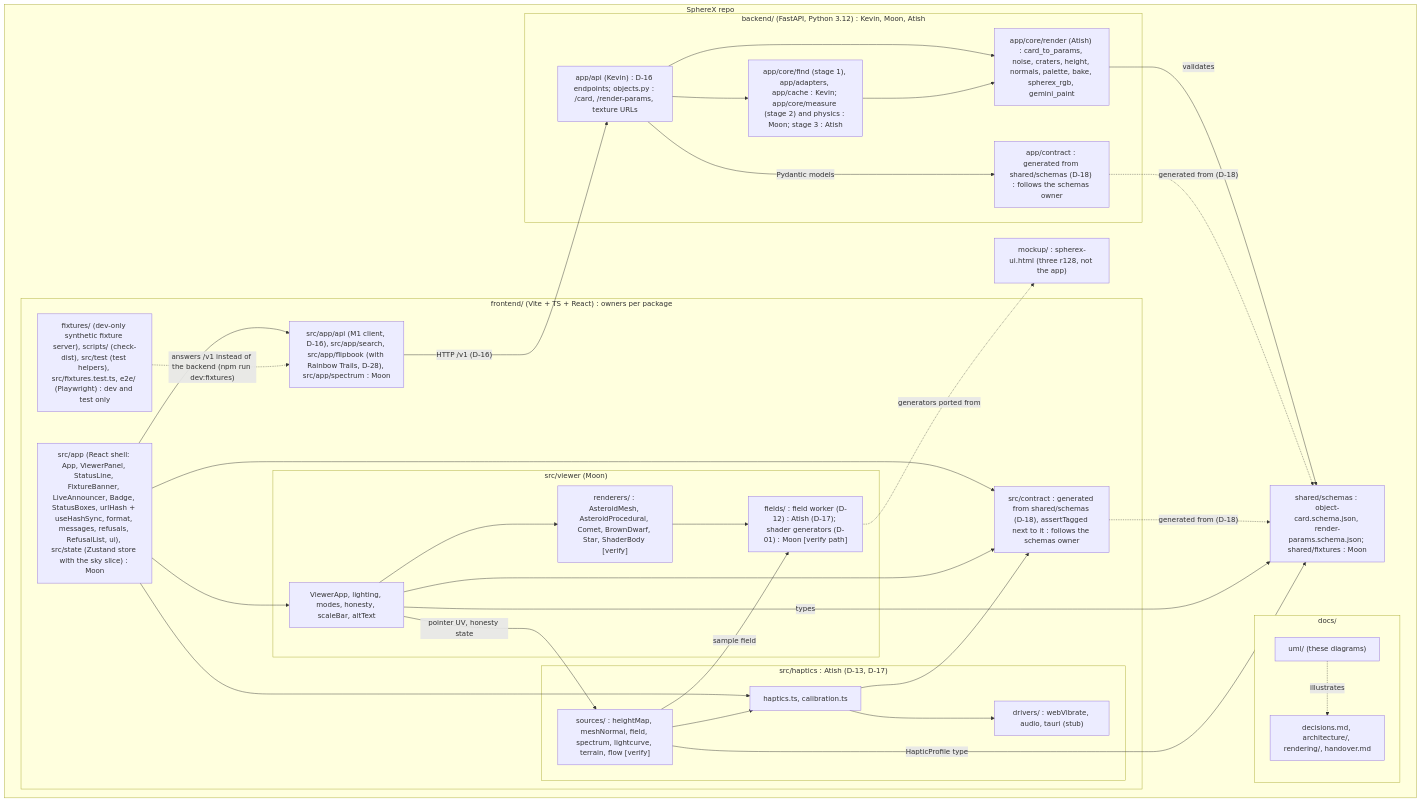
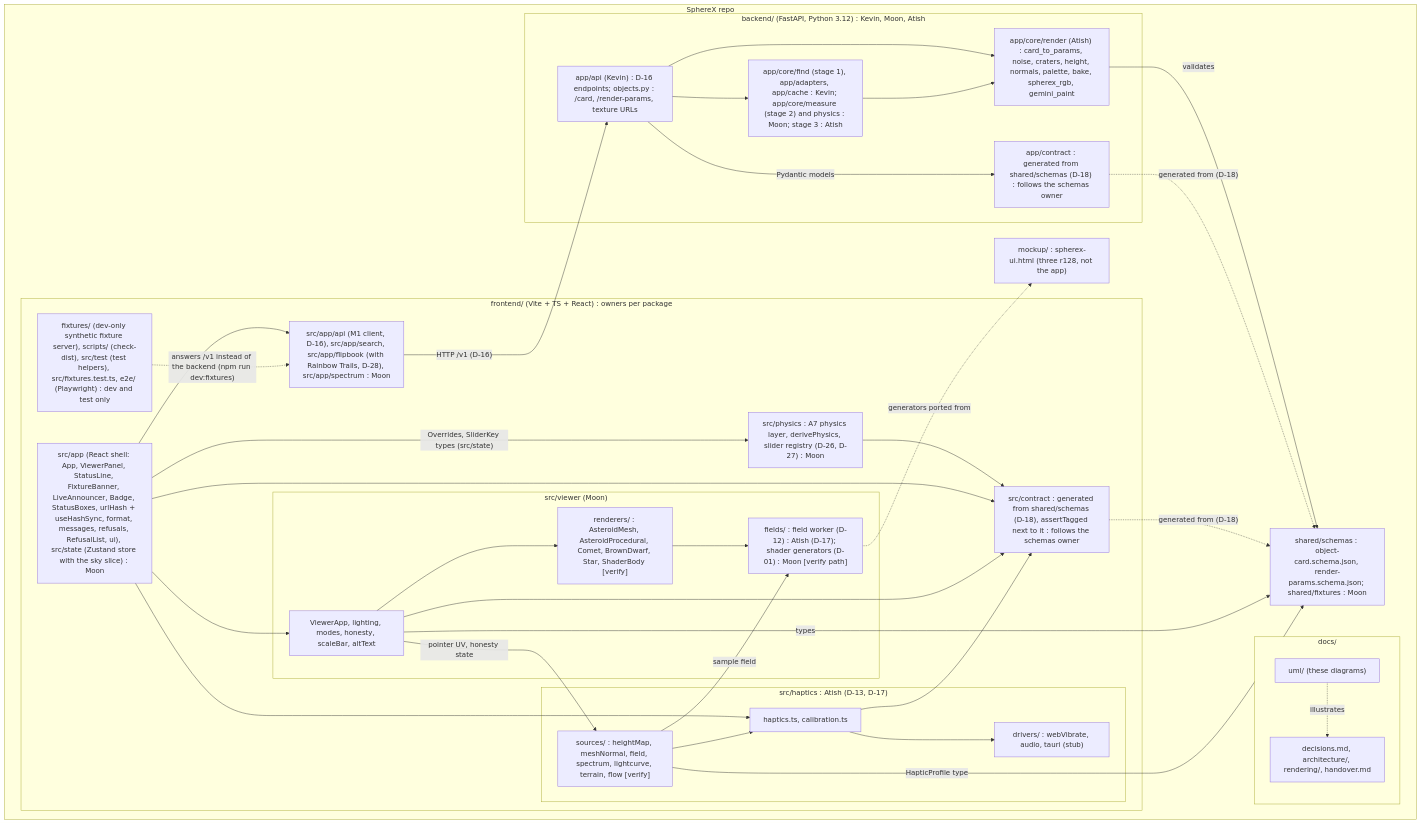
The diagram in docs/uml/04-package.md (0ffrian/SphereX), drawn with Mermaid before and after one commit. The commit also changed other lines of this file and 19 other files, not shown here.

First line of the commit message:
Physics layer and slider registry (#13)

````diff
--- a/docs/uml/04-package.md
+++ b/docs/uml/04-package.md
@@ -5,64 +5,67 @@
 ```mermaid
 flowchart TB
   subgraph Repo["SphereX repo"]
     subgraph Docs["docs/"]
       DocSpecs["decisions.md, architecture/, rendering/, handover.md"]
       DocUML["uml/ (these diagrams)"]
     end
 
     Mockup["mockup/ : spherex-ui.html (three r128, not the app)"]
 
     subgraph Backend["backend/ (FastAPI, Python 3.12) : Kevin, Moon, Atish"]
       BApi["app/api (Kevin) : D-16 endpoints; objects.py : /card, /render-params, texture URLs"]
       BPipe["app/core/find (stage 1), app/adapters, app/cache : Kevin; app/core/measure (stage 2) and physics : Moon; stage 3 : Atish"]
       BRender["app/core/render (Atish) : card_to_params, noise, craters, height, normals, palette, bake, spherex_rgb, gemini_paint"]
       BContract["app/contract : generated from shared/schemas (D-18) : follows the schemas owner"]
     end
 
     subgraph Frontend["frontend/ (Vite + TS + React) : owners per package"]
       FApp["src/app (React shell: App, ViewerPanel, StatusLine, FixtureBanner, LiveAnnouncer, Badge, StatusBoxes, urlHash + useHashSync, format, messages, refusals, RefusalList, ui), src/state (Zustand store with the sky slice) : Moon"]
       FFlip["src/app/api (M1 client, D-16), src/app/search, src/app/flipbook (with Rainbow Trails, D-28), src/app/spectrum : Moon"]
       FDev["fixtures/ (dev-only synthetic fixture server), scripts/ (check-dist), src/test (test helpers), src/fixtures.test.ts, e2e/ (Playwright) : dev and test only"]
+      FPhysics["src/physics : A7 physics layer, derivePhysics, slider registry (D-26, D-27) : Moon"]
       FContract["src/contract : generated from shared/schemas (D-18), assertTagged next to it : follows the schemas owner"]
       subgraph FViewer["src/viewer (Moon)"]
         VCore["ViewerApp, lighting, modes, honesty, scaleBar, altText"]
         VRend["renderers/ : AsteroidMesh, AsteroidProcedural, Comet, BrownDwarf, Star, ShaderBody [verify]"]
         VFields["fields/ : field worker (D-12) : Atish (D-17); shader generators (D-01) : Moon [verify path]"]
       end
       subgraph FHaptics["src/haptics : Atish (D-13, D-17)"]
         HCore["haptics.ts, calibration.ts"]
         HDrivers["drivers/ : webVibrate, audio, tauri (stub)"]
         HSources["sources/ : heightMap, meshNormal, field, spectrum, lightcurve, terrain, flow [verify]"]
       end
     end
 
     Schemas["shared/schemas : object-card.schema.json, render-params.schema.json; shared/fixtures : Moon"]
   end
 
   DocUML -.->|"illustrates"| DocSpecs
   BApi --> BPipe
   BApi --> BRender
   BPipe --> BRender
   BRender -->|"validates"| Schemas
   BApi -->|"Pydantic models"| BContract
   BContract -.->|"generated from (D-18)"| Schemas
 
   FApp --> VCore
+  FApp -->|"Overrides, SliderKey types (src/state)"| FPhysics
+  FPhysics --> FContract
   FApp --> FContract
   VCore --> FContract
   HCore --> FContract
   FContract -.->|"generated from (D-18)"| Schemas
   FApp --> HCore
   FApp --> FFlip
   FFlip -->|"HTTP /v1 (D-16)"| BApi
   FDev -.->|"answers /v1 instead of the backend (npm run dev:fixtures)"| FFlip
   VCore --> VRend
   VRend --> VFields
   VCore -->|"pointer UV, honesty state"| HSources
   HSources --> HCore
   HSources -->|"sample field"| VFields
   HCore --> HDrivers
   VCore -->|"types"| Schemas
   HSources -->|"HapticProfile type"| Schemas
   VFields -.->|"generators ported from"| Mockup
 ```
````
